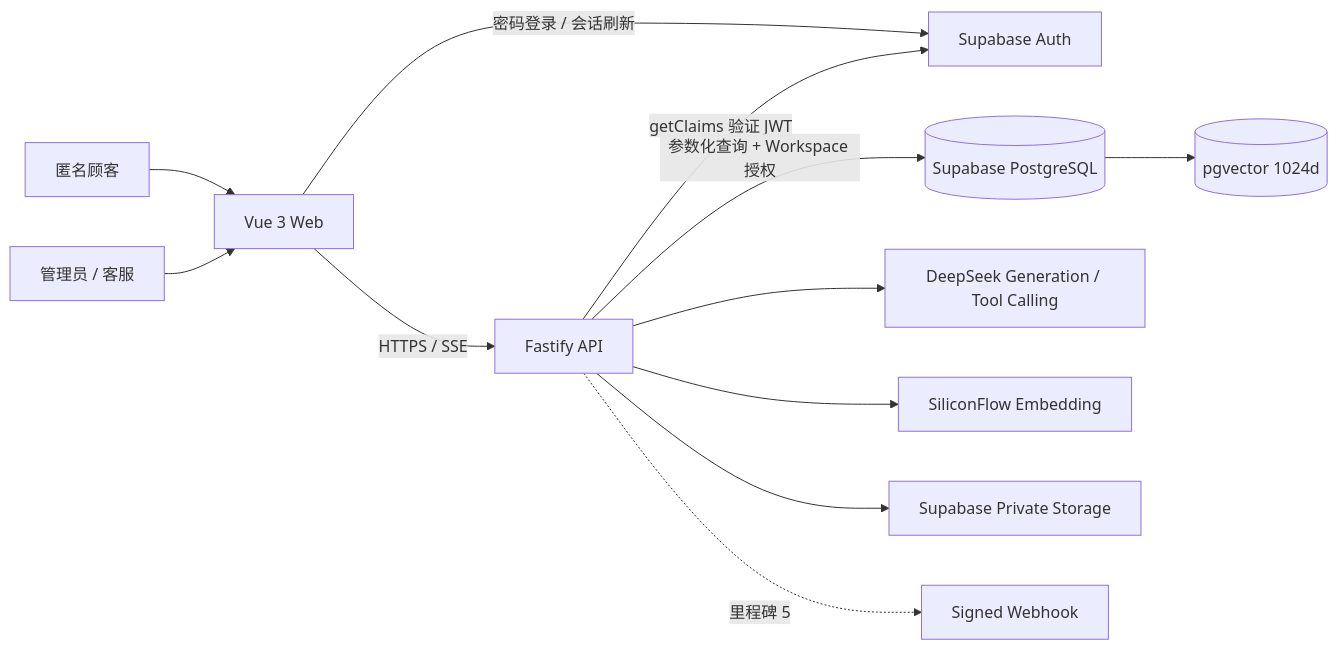
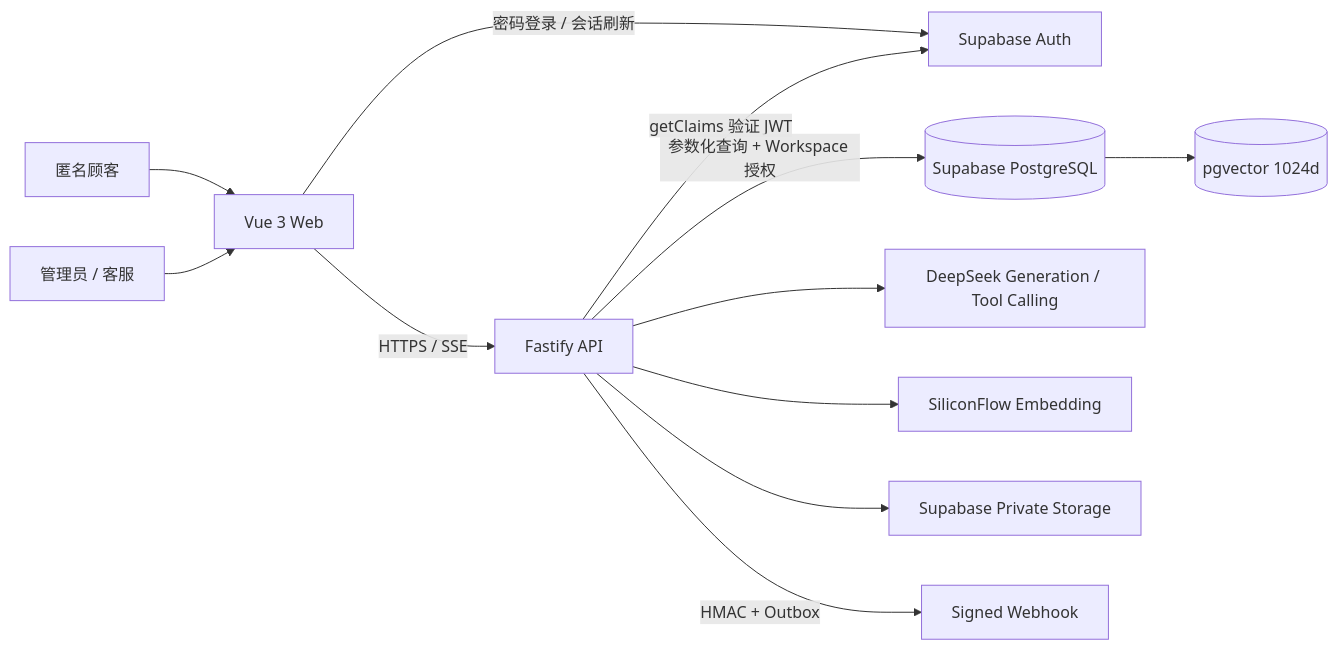
Before and after one commit to lsc-261013/grounddesk-ai: the diagram in docs/architecture.md, drawn with Mermaid. The commit also changed other lines of this file and 98 other files, not shown here.

````diff
--- a/docs/architecture.md
+++ b/docs/architecture.md
@@ -7,14 +7,14 @@
 ```mermaid
 flowchart LR
   Visitor[匿名顾客] --> Web[Vue 3 Web]
   Staff[管理员 / 客服] --> Web
   Web -->|密码登录 / 会话刷新| Auth[Supabase Auth]
   Web -->|HTTPS / SSE| API[Fastify API]
   API -->|getClaims 验证 JWT| Auth
   API -->|参数化查询 + Workspace 授权| Supabase[(Supabase PostgreSQL)]
   Supabase --> Vector[(pgvector 1024d)]
   API --> DeepSeek[DeepSeek Generation / Tool Calling]
   API --> SiliconFlow[SiliconFlow Embedding]
   API --> Storage[Supabase Private Storage]
-  API -. 里程碑 5 .-> Webhook[Signed Webhook]
+  API -->|HMAC + Outbox| Webhook[Signed Webhook]
 ```
````
